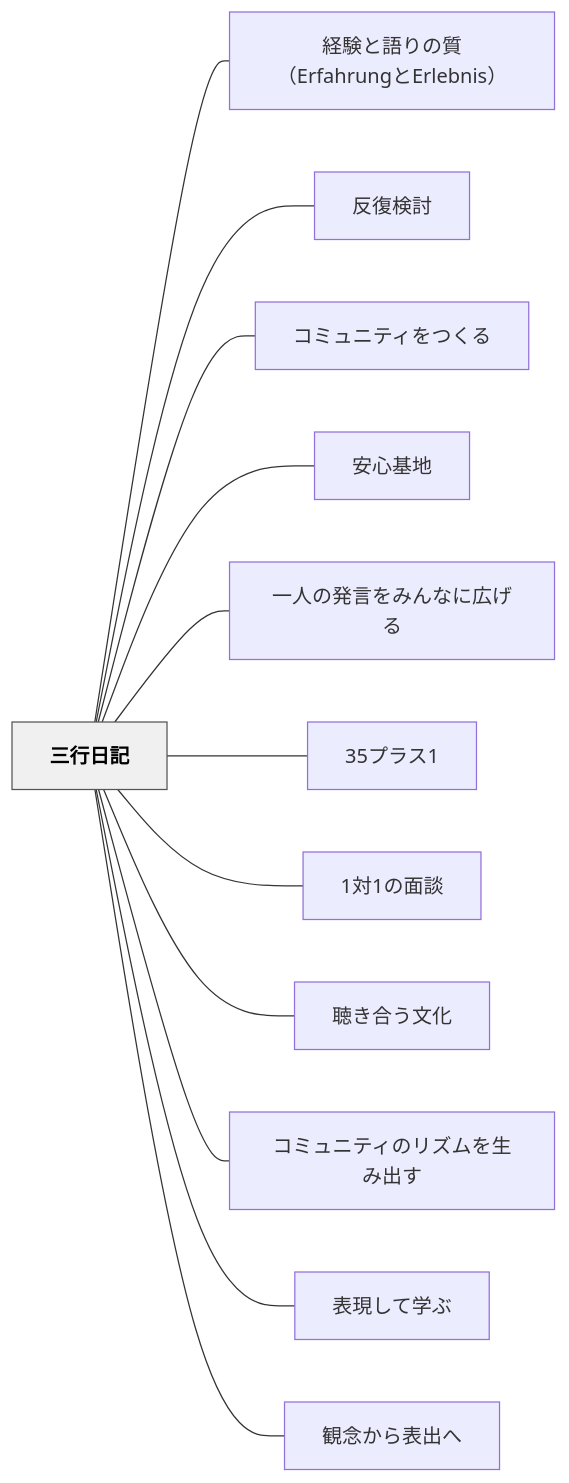
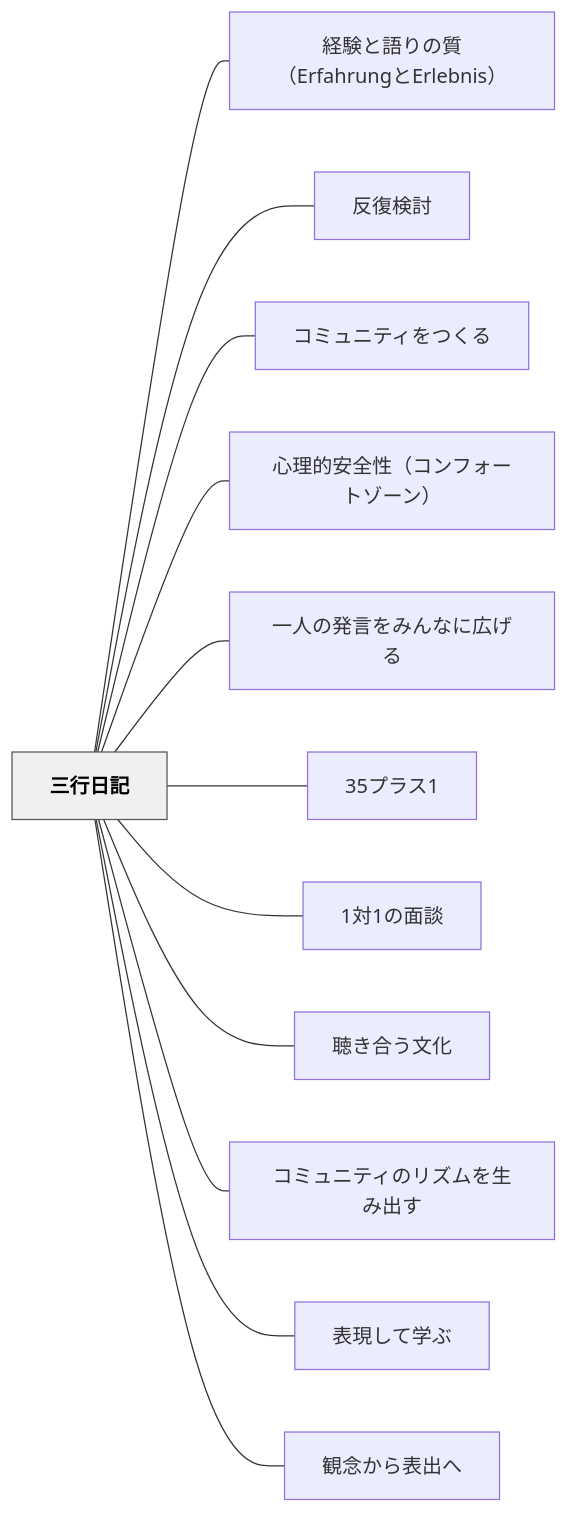
The diagram in content/パタン/三行日記.md (unknownthings-ed-patterns/unknownthings-ed-patterns), drawn with Mermaid before and after one commit. The commit also changed other lines of this file and 30 other files, not shown here.

````diff
--- a/content/パタン/三行日記.md
+++ b/content/パタン/三行日記.md
@@ -80,30 +80,30 @@
 ```mermaid
 flowchart LR
     ne4b889e8a18ce697a5e8a898["三行日記"]
     ne7b58ce9a893e381a8e8aa9ee3828ae381aee8b3aaefbc88457266616872756e67e381a845726c65626e6973efbc89["経験と語りの質（ErfahrungとErlebnis）"]
     ne58f8de5bea9e6a49ce8a88e["反復検討"]
     ne382b3e3839fe383a5e3838be38386e382a3e38292e381a4e3818fe3828b["コミュニティをつくる"]
-    ne5ae89e5bf83e59fbae59cb0["安心基地"]
+    ne5bf83e79086e79a84e5ae89e585a8e680a7efbc88e382b3e383b3e38395e382a9e383bce38388e382bee383bce383b3efbc89["心理的安全性（コンフォートゾーン）"]
     ne4b880e4babae381aee799bae8a880e38292e381bfe38293e381aae381abe5ba83e38192e3828b["一人の発言をみんなに広げる"]
     n3335e38397e383a9e382b931["35プラス1"]
     n31e5afbe31e381aee99da2e8ab87["1対1の面談"]
     ne881b4e3818de59088e38186e69687e58c96["聴き合う文化"]
     ne382b3e3839fe383a5e3838be38386e382a3e381aee383aae382bae383a0e38292e7949fe381bfe587bae38199["コミュニティのリズムを生み出す"]
     ne8a1a8e78fbee38197e381a6e5ada6e381b6["表現して学ぶ"]
     ne8a6b3e5bfb5e3818be38289e8a1a8e587bae381b8["観念から表出へ"]
 
     ne4b889e8a18ce697a5e8a898 --- ne7b58ce9a893e381a8e8aa9ee3828ae381aee8b3aaefbc88457266616872756e67e381a845726c65626e6973efbc89
     ne4b889e8a18ce697a5e8a898 --- ne58f8de5bea9e6a49ce8a88e
     ne4b889e8a18ce697a5e8a898 --- ne382b3e3839fe383a5e3838be38386e382a3e38292e381a4e3818fe3828b
-    ne4b889e8a18ce697a5e8a898 --- ne5ae89e5bf83e59fbae59cb0
+    ne4b889e8a18ce697a5e8a898 --- ne5bf83e79086e79a84e5ae89e585a8e680a7efbc88e382b3e383b3e38395e382a9e383bce38388e382bee383bce383b3efbc89
     ne4b889e8a18ce697a5e8a898 --- ne4b880e4babae381aee799bae8a880e38292e381bfe38293e381aae381abe5ba83e38192e3828b
     ne4b889e8a18ce697a5e8a898 --- n3335e38397e383a9e382b931
     ne4b889e8a18ce697a5e8a898 --- n31e5afbe31e381aee99da2e8ab87
     ne4b889e8a18ce697a5e8a898 --- ne881b4e3818de59088e38186e69687e58c96
     ne4b889e8a18ce697a5e8a898 --- ne382b3e3839fe383a5e3838be38386e382a3e381aee383aae382bae383a0e38292e7949fe381bfe587bae38199
     ne4b889e8a18ce697a5e8a898 --- ne8a1a8e78fbee38197e381a6e5ada6e381b6
     ne4b889e8a18ce697a5e8a898 --- ne8a6b3e5bfb5e3818be38289e8a1a8e587bae381b8
 
     classDef hub fill:#f0f0f0,stroke:#555,color:#000,font-weight:bold
     class ne4b889e8a18ce697a5e8a898 hub
 ```
````
